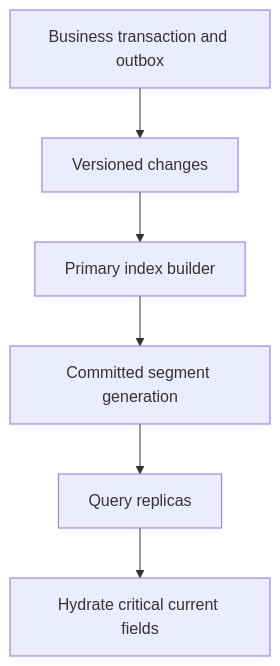
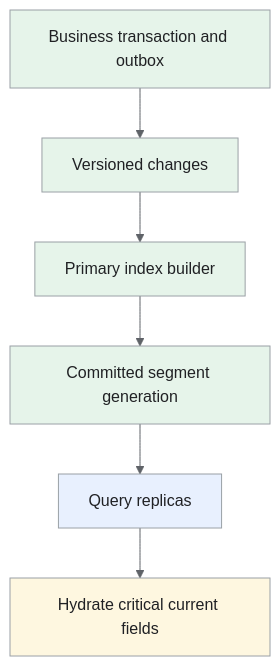
Before and after one commit to iliazlobin/iliazlobin.github.io: the third of 4 diagrams in _designs/yelp.md, drawn with Mermaid. The commit also changed other lines of this file and 25 other files, not shown here.

Commit message:
docs: explain Batch B design flows and tradeoffs

````diff
--- a/_designs/yelp.md
+++ b/_designs/yelp.md
@@ -198,8 +248,16 @@
 ```mermaid
+%%{init: {'theme':'base','themeVariables':{'primaryColor':'#e8f0fe','primaryTextColor':'#202124','primaryBorderColor':'#9aa0a6','lineColor':'#5f6368','secondaryColor':'#e6f4ea','tertiaryColor':'#fef7e0','actorBkg':'#e8f0fe','actorBorder':'#9aa0a6','actorTextColor':'#202124','noteBkgColor':'#fef7e0','noteTextColor':'#202124','noteBorderColor':'#9aa0a6','signalColor':'#5f6368','signalTextColor':'#202124','labelBoxBkgColor':'#fef7e0','labelBoxBorderColor':'#9aa0a6'}}}%%
 flowchart TB
   D["Business transaction and outbox"] --> E["Versioned changes"]
   E --> I["Primary index builder"]
   I --> G["Committed segment generation"]
   G --> R["Query replicas"]
   R --> H["Hydrate critical current fields"]
+classDef request fill:#e8f0fe,stroke:#9aa0a6,color:#202124;
+classDef data fill:#e6f4ea,stroke:#9aa0a6,color:#202124;
+classDef control fill:#fef7e0,stroke:#9aa0a6,color:#202124;
+class R request;
+class D,E,I,G data;
+class H control;
+
 ```
````
